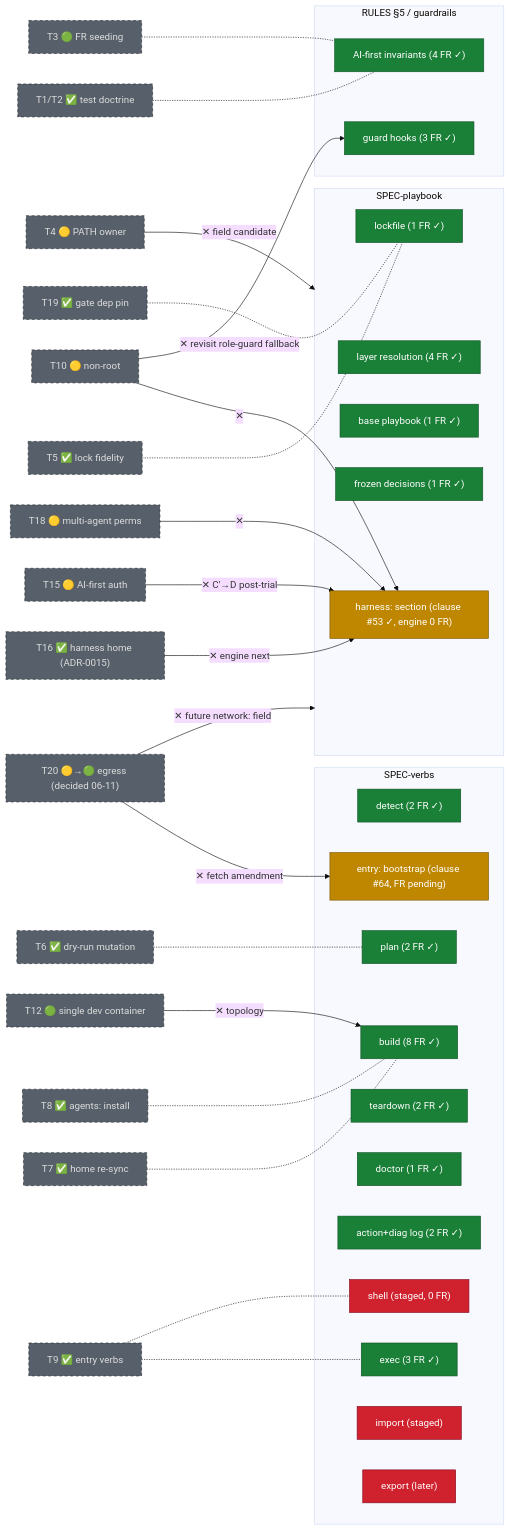
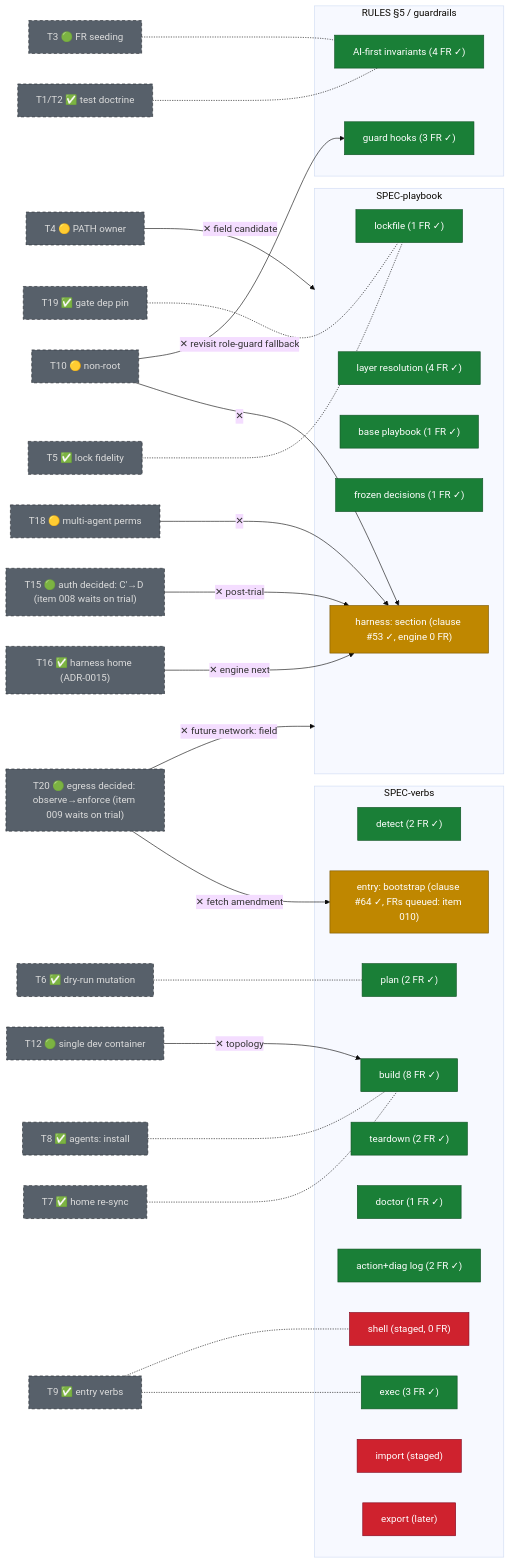
One commit to iVersatile/loom changed the diagram in docs/spec-map.md. Above: the diagram before and after it, drawn with Mermaid (base theme). The commit also changed other lines of this file, not shown here.

Commit message:
docs: spec-map r2 — T20/T15 decided, bootstrap FRs dispatched, trial-live note

````diff
--- a/docs/spec-map.md
+++ b/docs/spec-map.md
@@ -15,54 +15,54 @@
 ```mermaid
 flowchart LR
   classDef done fill:#1a7f37,color:#fff,stroke:#0f5223
   classDef inprog fill:#bf8700,color:#fff,stroke:#7a5600
   classDef untouched fill:#cf222e,color:#fff,stroke:#82071e
   classDef shadow fill:#57606a,color:#ddd,stroke:#24292f,stroke-dasharray: 5 4
 
   subgraph SV["SPEC-verbs"]
     detect["detect (2 FR ✓)"]:::done
     plan["plan (2 FR ✓)"]:::done
     build["build (8 FR ✓)"]:::done
     exec["exec (3 FR ✓)"]:::done
     teardown["teardown (2 FR ✓)"]:::done
     doctor["doctor (1 FR ✓)"]:::done
     logs["action+diag log (2 FR ✓)"]:::done
     shell["shell (staged, 0 FR)"]:::untouched
-    bootstrap["entry: bootstrap (clause #64, FR pending)"]:::inprog
+    bootstrap["entry: bootstrap (clause #64 ✓, FRs queued: item 010)"]:::inprog
     import["import (staged)"]:::untouched
     export["export (later)"]:::untouched
   end
 
   subgraph SP["SPEC-playbook"]
     layers["layer resolution (4 FR ✓)"]:::done
     lock["lockfile (1 FR ✓)"]:::done
     basepb["base playbook (1 FR ✓)"]:::done
     frozen["frozen decisions (1 FR ✓)"]:::done
     harness["harness: section (clause #53 ✓, engine 0 FR)"]:::inprog
   end
 
   subgraph RG["RULES §5 / guardrails"]
     inv["AI-first invariants (4 FR ✓)"]:::done
     guards["guard hooks (3 FR ✓)"]:::done
   end
 
   T5["T5 ✅ lock fidelity"]:::shadow -.- lock
   T6["T6 ✅ dry-run mutation"]:::shadow -.- plan
   T7["T7 ✅ home re-sync"]:::shadow -.- build
   T8["T8 ✅ agents: install"]:::shadow -.- build
   T9["T9 ✅ entry verbs"]:::shadow -.- exec
   T9 -.- shell
   T19["T19 ✅ gate dep pin"]:::shadow -.- lock
   T1T2["T1/T2 ✅ test doctrine"]:::shadow -.- inv
   T3["T3 🟢 FR seeding"]:::shadow -.- inv
 
   T16["T16 ✅ harness home (ADR-0015)"]:::shadow -->|✕ engine next| harness
   T10["T10 🟡 non-root"]:::shadow -->|✕| harness
   T10 -->|✕ revisit role-guard fallback| guards
-  T20["T20 🟡→🟢 egress (decided 06-11)"]:::shadow -->|✕ fetch amendment| bootstrap
+  T20["T20 🟢 egress decided: observe→enforce (item 009 waits on trial)"]:::shadow -->|✕ fetch amendment| bootstrap
   T20 -->|✕ future network: field| SP
-  T15["T15 🟡 AI-first auth"]:::shadow -->|✕ C′→D post-trial| harness
+  T15["T15 🟢 auth decided: C′→D (item 008 waits on trial)"]:::shadow -->|✕ post-trial| harness
   T18["T18 🟡 multi-agent perms"]:::shadow -->|✕| harness
   T4["T4 🟡 PATH owner"]:::shadow -->|✕ field candidate| SP
   T12["T12 🟢 single dev container"]:::shadow -->|✕ topology| build
 ```
````
